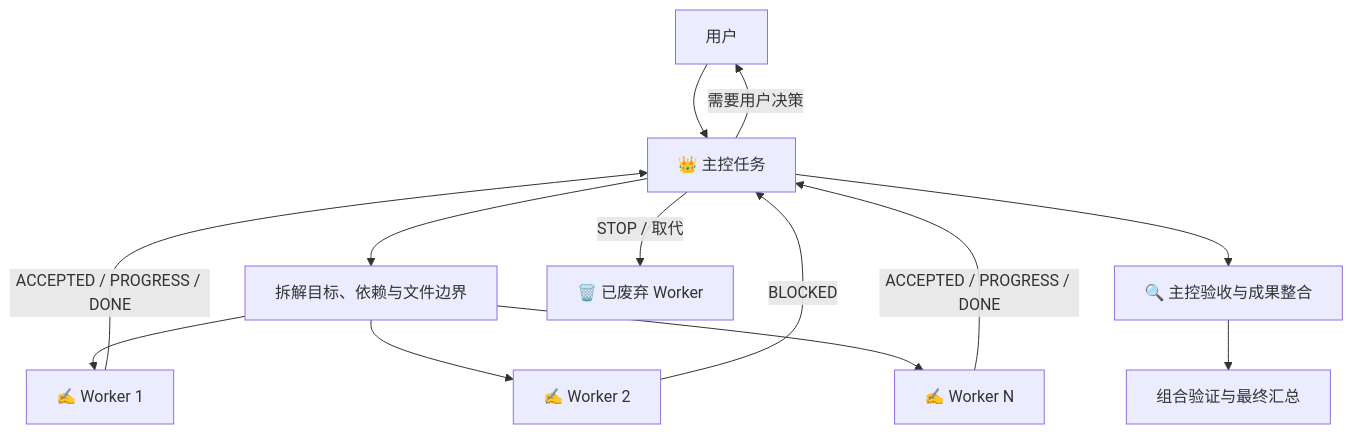
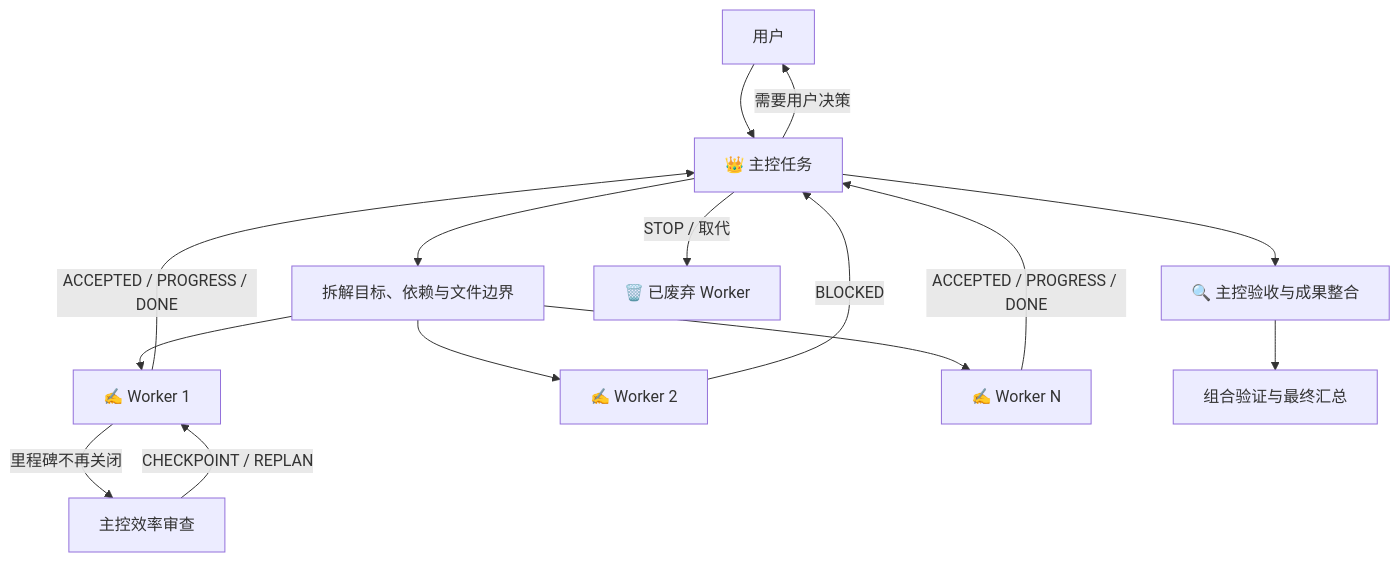
The diagram in README.zh-CN.md (BillSJC/orchestrate-codex-tasks), drawn with Mermaid before and after one commit. The commit also changed other lines of this file and 7 other files, not shown here.

````diff
--- a/README.zh-CN.md
+++ b/README.zh-CN.md
@@ -174,15 +178,17 @@
 ```mermaid
 flowchart TD
     U["用户"] --> C["👑 主控任务"]
     C --> P["拆解目标、依赖与文件边界"]
     P --> W1["✍️ Worker 1"]
     P --> W2["✍️ Worker 2"]
     P --> W3["✍️ Worker N"]
     W1 -->|"ACCEPTED / PROGRESS / DONE"| C
     W2 -->|"BLOCKED"| C
     W3 -->|"ACCEPTED / PROGRESS / DONE"| C
+    W1 -->|"里程碑不再关闭"| H["主控效率审查"]
+    H -->|"CHECKPOINT / REPLAN"| W1
     C -->|"需要用户决策"| U
     C --> V["🔍 主控验收与成果整合"]
     C -->|"STOP / 取代"| X["🗑️ 已废弃 Worker"]
     V --> R["组合验证与最终汇总"]
 ```
````
